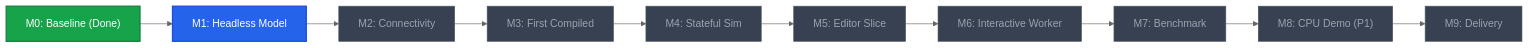
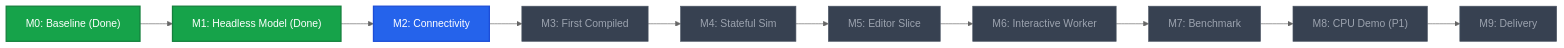
The first of 3 diagrams in README.md (Nyot-Nyot/digital-logic-forge), drawn with Mermaid (neutral theme) before and after one commit. The commit also changed other lines of this file and 3 other files, not shown here.

````diff
--- a/README.md
+++ b/README.md
@@ -26,19 +26,19 @@
 ```mermaid
 flowchart LR
-    M0["M0: Baseline (Done)"] --> M1["M1: Headless Model"]
+    M0["M0: Baseline (Done)"] --> M1["M1: Headless Model (Done)"]
     M1 --> M2["M2: Connectivity"]
     M2 --> M3["M3: First Compiled"]
     M3 --> M4["M4: Stateful Sim"]
     M4 --> M5["M5: Editor Slice"]
     M5 --> M6["M6: Interactive Worker"]
     M6 --> M7["M7: Benchmark"]
     M7 --> M8["M8: CPU Demo (P1)"]
     M8 --> M9["M9: Delivery"]
 
     classDef done fill:#16a34a,stroke:#15803d,stroke-width:2px,color:#fff;
     classDef active fill:#2563eb,stroke:#1d4ed8,stroke-width:2px,color:#fff;
     classDef pending fill:#374151,stroke:#4b5563,stroke-width:1px,color:#9ca3af;
-    class M0 done;
-    class M1 active;
-    class M2,M3,M4,M5,M6,M7,M8,M9 pending;
+    class M0,M1 done;
+    class M2 active;
+    class M3,M4,M5,M6,M7,M8,M9 pending;
 ```
````
